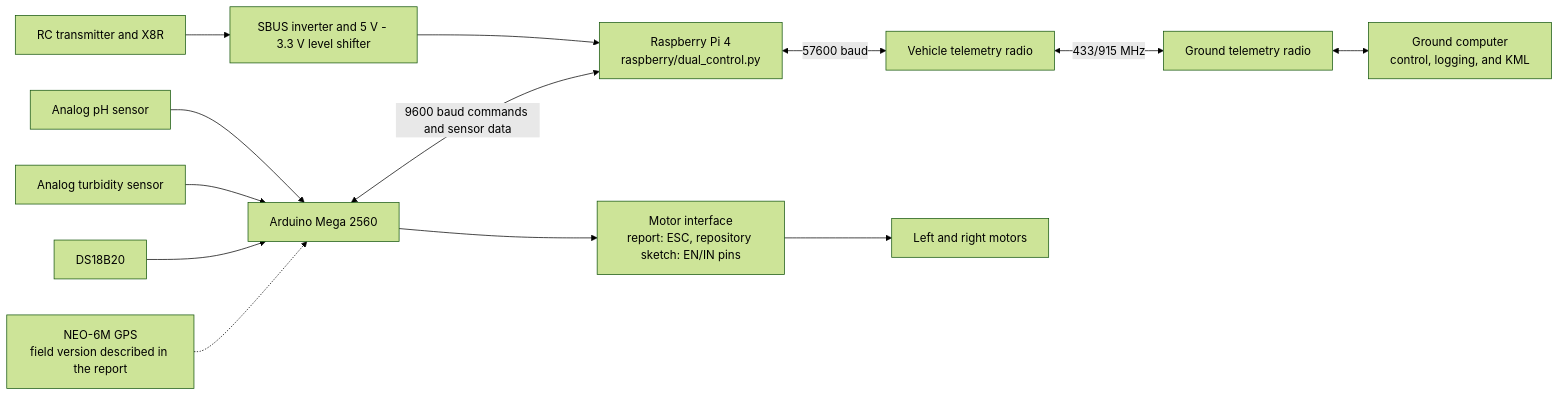
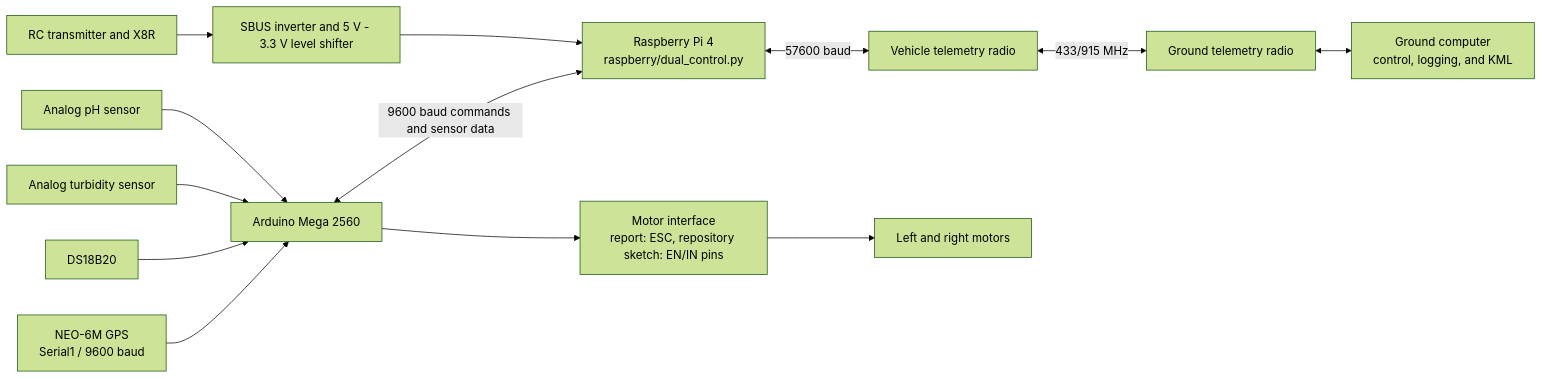
The diagram in README.en.md (emircanylmz/water-quality-usv), drawn with Mermaid (forest theme) before and after one commit. The commit also changed other lines of this file and 13 other files, not shown here.

Commit message:
Add NEO-6M GPS telemetry to Arduino firmware

````diff
--- a/README.en.md
+++ b/README.en.md
@@ -11,15 +11,15 @@
 ```mermaid
 flowchart LR
     RC["RC transmitter and X8R"] --> INV["SBUS inverter and 5 V - 3.3 V level shifter"]
     INV --> RPI["Raspberry Pi 4<br/>raspberry/dual_control.py"]
     PH["Analog pH sensor"] --> MCU["Arduino Mega 2560"]
     TURB["Analog turbidity sensor"] --> MCU
     TEMP["DS18B20"] --> MCU
-    GPS["NEO-6M GPS<br/>field version described in the report"] -.-> MCU
+    GPS["NEO-6M GPS<br/>Serial1 / 9600 baud"] --> MCU
     MCU <-->|"9600 baud commands and sensor data"| RPI
     MCU --> DRIVE["Motor interface<br/>report: ESC, repository sketch: EN/IN pins"]
     DRIVE --> MOTORS["Left and right motors"]
     RPI <-->|"57600 baud"| AIR["Vehicle telemetry radio"]
     AIR <-->|"433/915 MHz"| GROUND["Ground telemetry radio"]
     GROUND <--> PC["Ground computer<br/>control, logging, and KML"]
 ```
````
